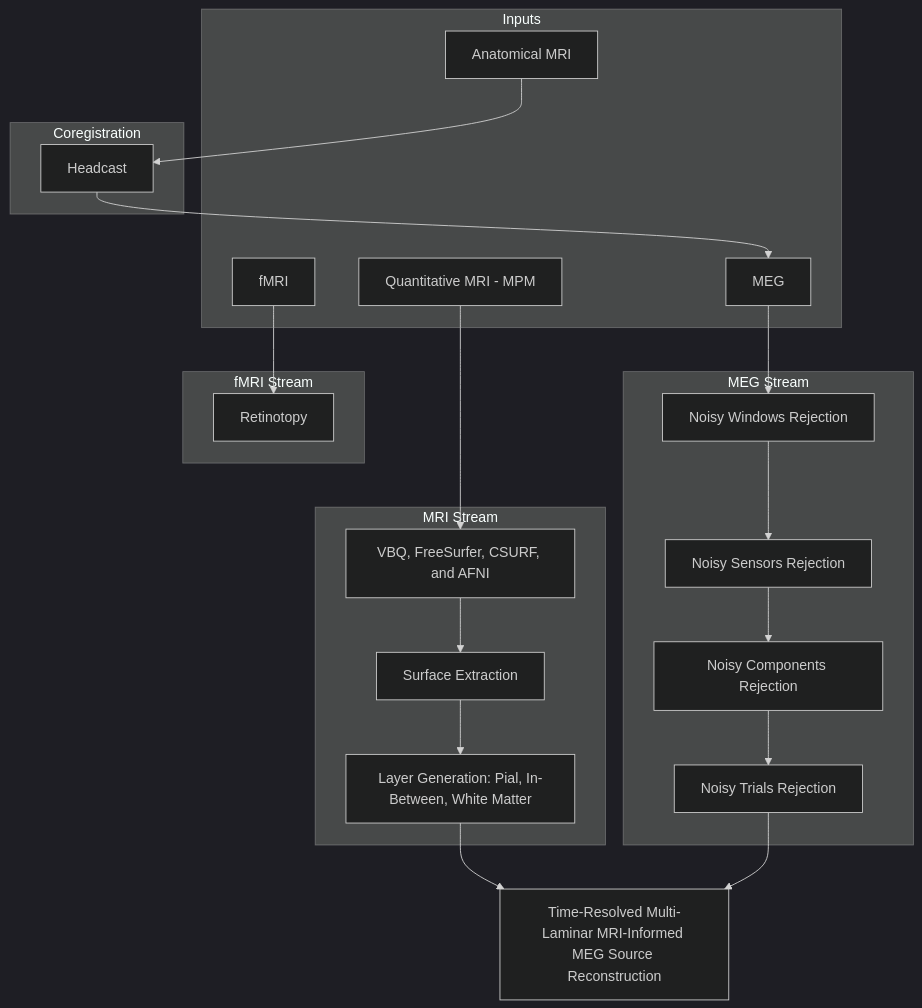
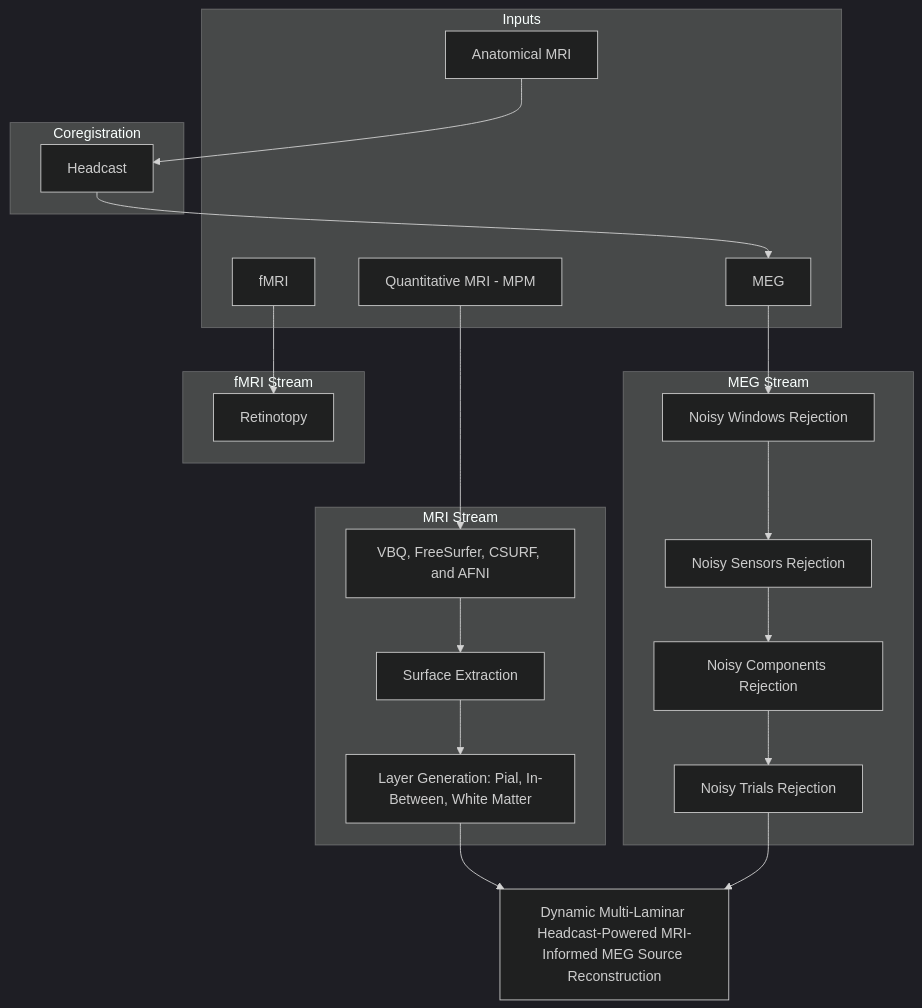
Before and after one commit to fardinafdideh/meg-laminar-dynamics: the diagram in README.md, drawn with Mermaid (dark theme). The commit also changed other lines of this file, not shown here.

````diff
--- a/README.md
+++ b/README.md
@@ -19,43 +19,43 @@
 ```mermaid
 graph TD
     %% Inputs
     subgraph Inputs
     MRI[Quantitative MRI - MPM]
 	fMRI[fMRI]
 	aMRI[Anatomical MRI]
     MEG[MEG]
     end
 
     %% MEG Stream
     subgraph MEG Stream
     MEG --> win[Noisy Windows Rejection]
     win --> sen[Noisy Sensors Rejection]
     sen --> comp[Noisy Components Rejection]
 	comp --> trl[Noisy Trials Rejection]
     end
 
     %% Functional Stream
     subgraph fMRI Stream
     fMRI --> ret[Retinotopy]
     end
 
     %% Structural Stream
     subgraph MRI Stream
     MRI --> VBQ[VBQ, FreeSurfer, CSURF, and AFNI]
     VBQ --> Surf[Surface Extraction]
     Surf --> Layers[Layer Generation: Pial, In-Between, White Matter]
     end
 
 
 
 	%% coregistration
 	subgraph Coregistration
 	aMRI --> HC[Headcast]
 	end
 
     %% Fusion
-    Layers --> Inv[Time-Resolved Multi-Laminar MRI-Informed MEG Source Reconstruction]
+    Layers --> Inv[Dynamic Multi-Laminar Headcast-Powered MRI-Informed MEG Source Reconstruction]
     trl --> Inv
 	%% HC --> win
 	HC --> MEG
 ```
````
